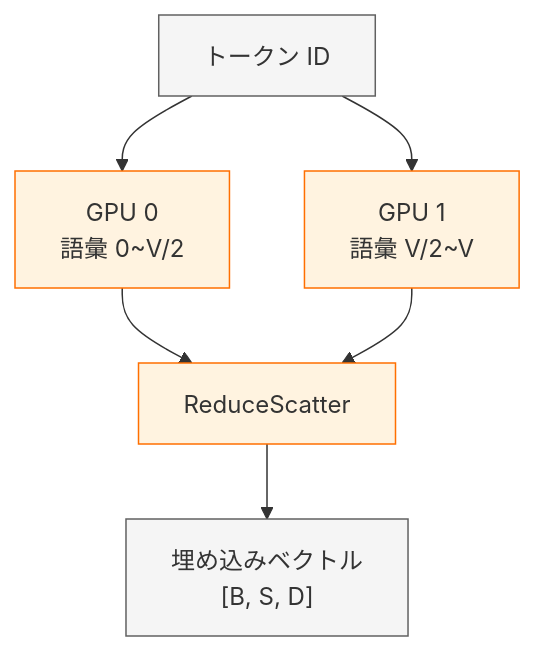
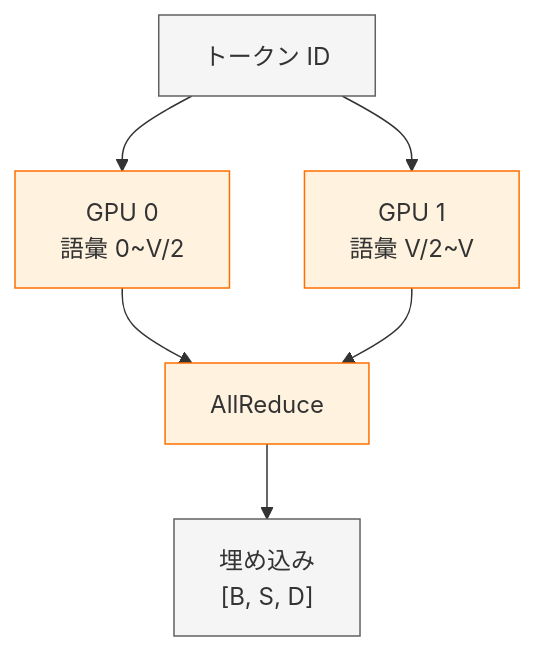
One commit to littlemex/zenn changed diagram 14 of 20 in books/ml-distributed-experiment-collection/transformer-distributed-parallelism.md. Above: the diagram before and after it, drawn with Mermaid. The commit also changed other lines of this file, not shown here.

````diff
--- a/books/ml-distributed-experiment-collection/transformer-distributed-parallelism.md
+++ b/books/ml-distributed-experiment-collection/transformer-distributed-parallelism.md
@@ -849,13 +878,13 @@
 ```mermaid
 graph TB
     Token["トークン ID"] --> E0["GPU 0<br/>語彙 0~V/2"]
     Token --> E1["GPU 1<br/>語彙 V/2~V"]
-    E0 & E1 --> RS["ReduceScatter"]
-    RS --> Emb["埋め込みベクトル<br/>[B, S, D]"]
+    E0 & E1 --> AR["AllReduce"]
+    AR --> Emb["埋め込み<br/>[B, S, D]"]
 
     style Token fill: #f5f5f5,stroke: #616161
     style E0 fill: #fff3e0,stroke: #ff6f00
     style E1 fill: #fff3e0,stroke: #ff6f00
-    style RS fill: #fff3e0,stroke: #ff6f00
+    style AR fill: #fff3e0,stroke: #ff6f00
     style Emb fill: #f5f5f5,stroke: #616161
 ```
````
